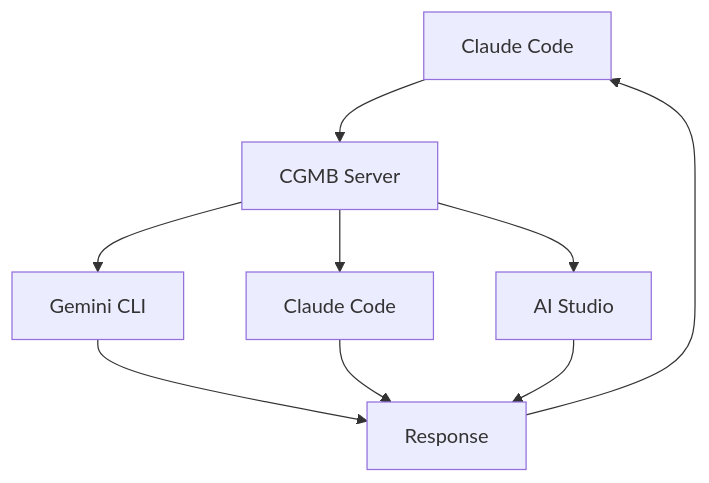
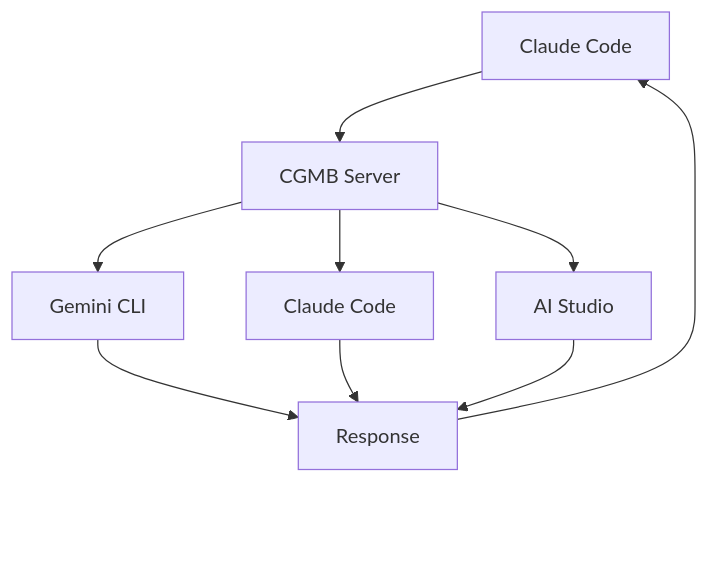
Before and after one commit to goodaymmm/claude-gemini-multimodal-bridge: the diagram in README.md, drawn with Mermaid.

Commit message:
🎨 fix: Center-align Claude Code and Response nodes
- Add transparent positioning nodes for symmetrical layout
- Ensure top and bottom nodes are on the same axis
- Improve visual balance of the architecture diagram

🤖 Generated with [Claude Code](https://claude.ai/code)

````diff
--- a/README.md
+++ b/README.md
@@ -36,14 +36,21 @@
 ```mermaid
 graph TD
     A[Claude Code] --> B[CGMB Server]
     
     B --> C[Gemini CLI]
     B --> D[Claude Code] 
     B --> E[AI Studio]
     
     C --> F[Response]
     D --> F
     E --> F
     
     F --> A
+    
+    %% Center alignment
+    A ~~~ G[ ]
+    F ~~~ H[ ]
+    
+    style G fill:transparent,stroke:transparent
+    style H fill:transparent,stroke:transparent
 ```
````
